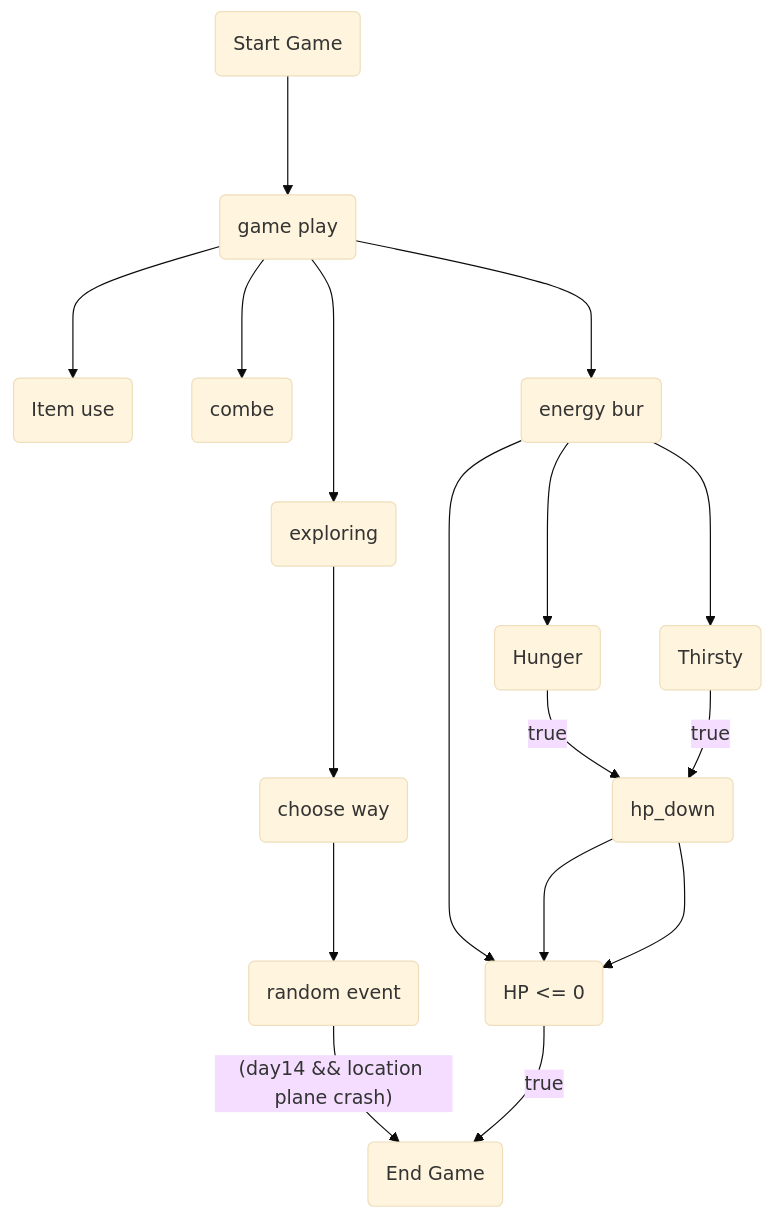
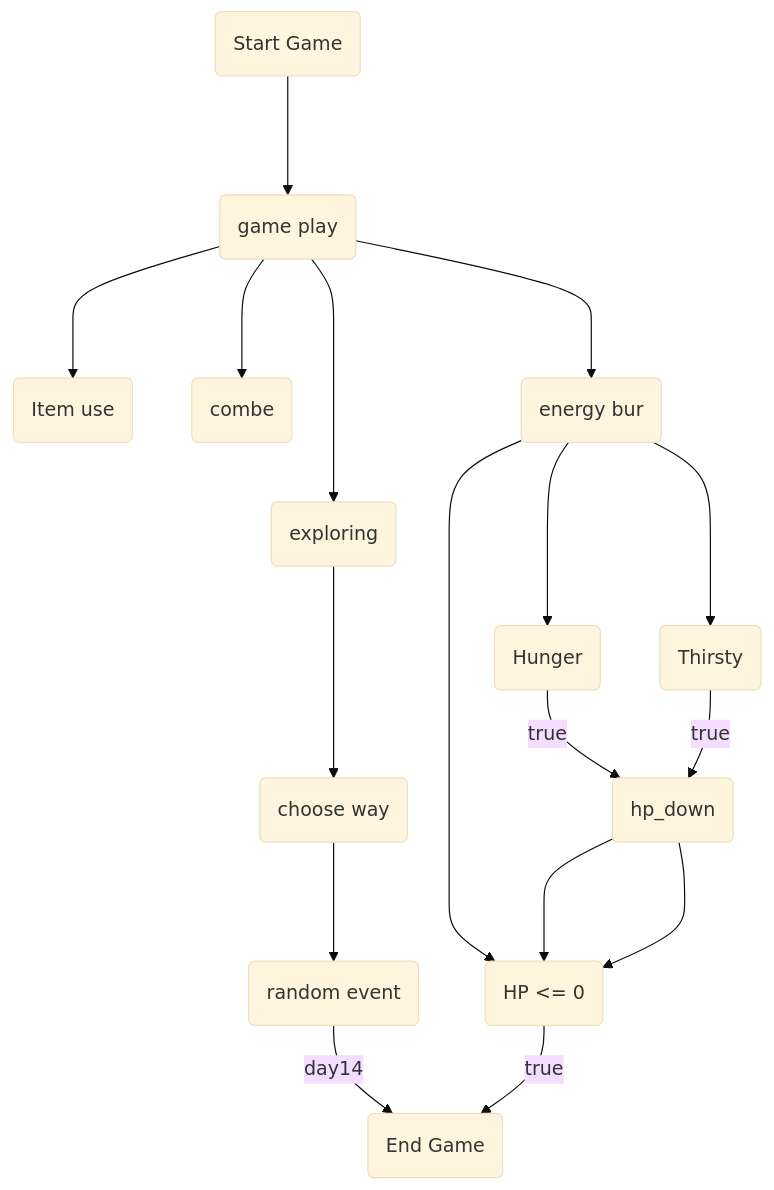
One commit to SSProgamer/C-Project changed the diagram in need me.md. Above: the diagram before and after it, drawn with Mermaid (base theme).

Commit message:
Update need me.md

````diff
--- a/need me.md
+++ b/need me.md
@@ -35,12 +35,12 @@
 ```mermaid
 flowchart TD
 start(Start Game) ---> ingame(game play)
 ingame ---> explore(exploring) ---> way(choose way) ---> event(random event)
-event --(day14 && location plane crash)--> e(End Game)
+event --day14--> e(End Game)
 ingame ---> Itemuse(Item use)
 ingame ---> combe(combe)
 ingame ---> stack(energy bur) --->hp
 stack(energy bur) --->Hunger(Hunger) --true--> hp_down(hp_down) ---> hp
 stack(energy bur) --->Thirsty(Thirsty) --true--> hp_down(hp_down) ---> hp
 hp(HP <= 0) --true--> e(End Game)
 ```
````
